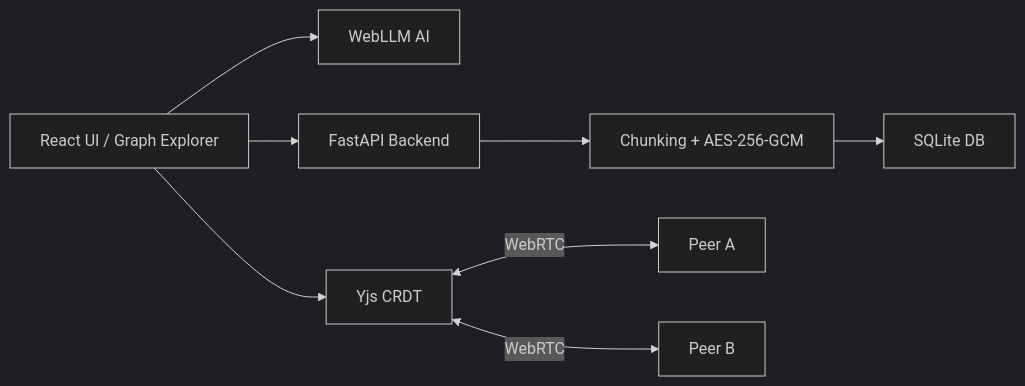
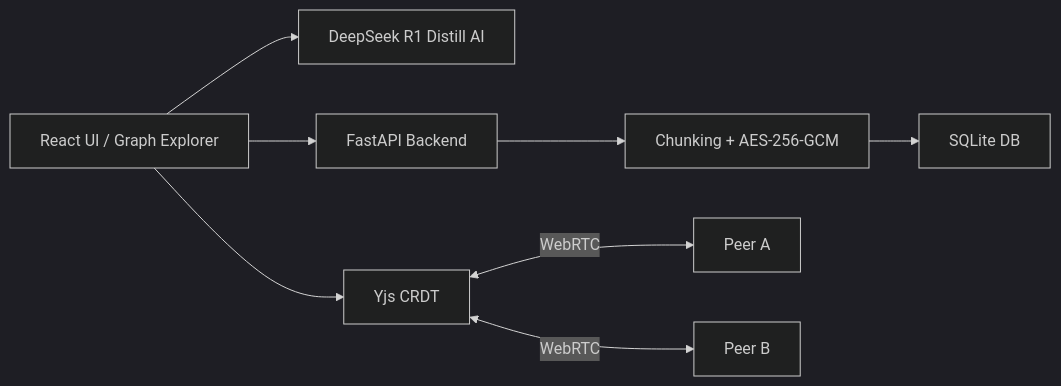
One commit to Zorvia/project-mycelium changed the diagram in README.md. Above: the diagram before and after it, drawn with Mermaid (dark theme). The commit also changed other lines of this file, not shown here.

````diff
--- a/README.md
+++ b/README.md
@@ -48,18 +70,18 @@
 ```mermaid
 graph LR
     UI["React UI / Graph Explorer"]
-    AI["WebLLM AI"]
+    AI["DeepSeek R1 Distill AI"]
     CRDT["Yjs CRDT"]
     API["FastAPI Backend"]
     DB["SQLite DB"]
     CHUNK["Chunking + AES-256-GCM"]
     P1["Peer A"]
     P2["Peer B"]
 
     UI --> API
     UI --> AI
     UI --> CRDT
     API --> CHUNK --> DB
     CRDT <-->|WebRTC| P1
     CRDT <-->|WebRTC| P2
 ```
````
